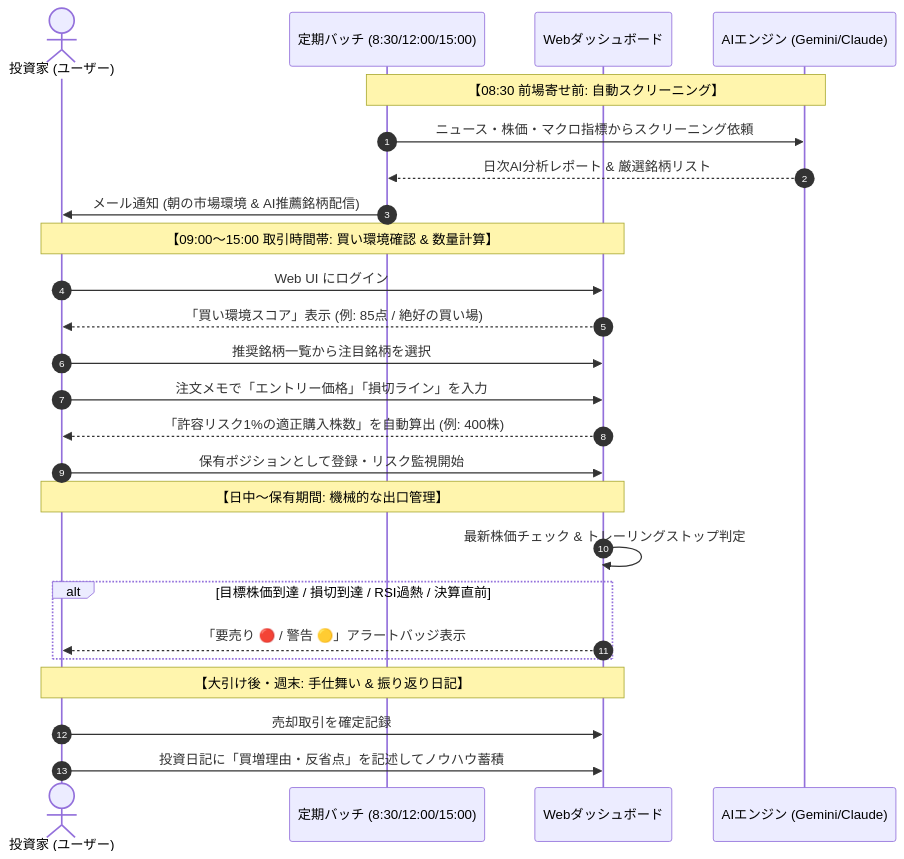
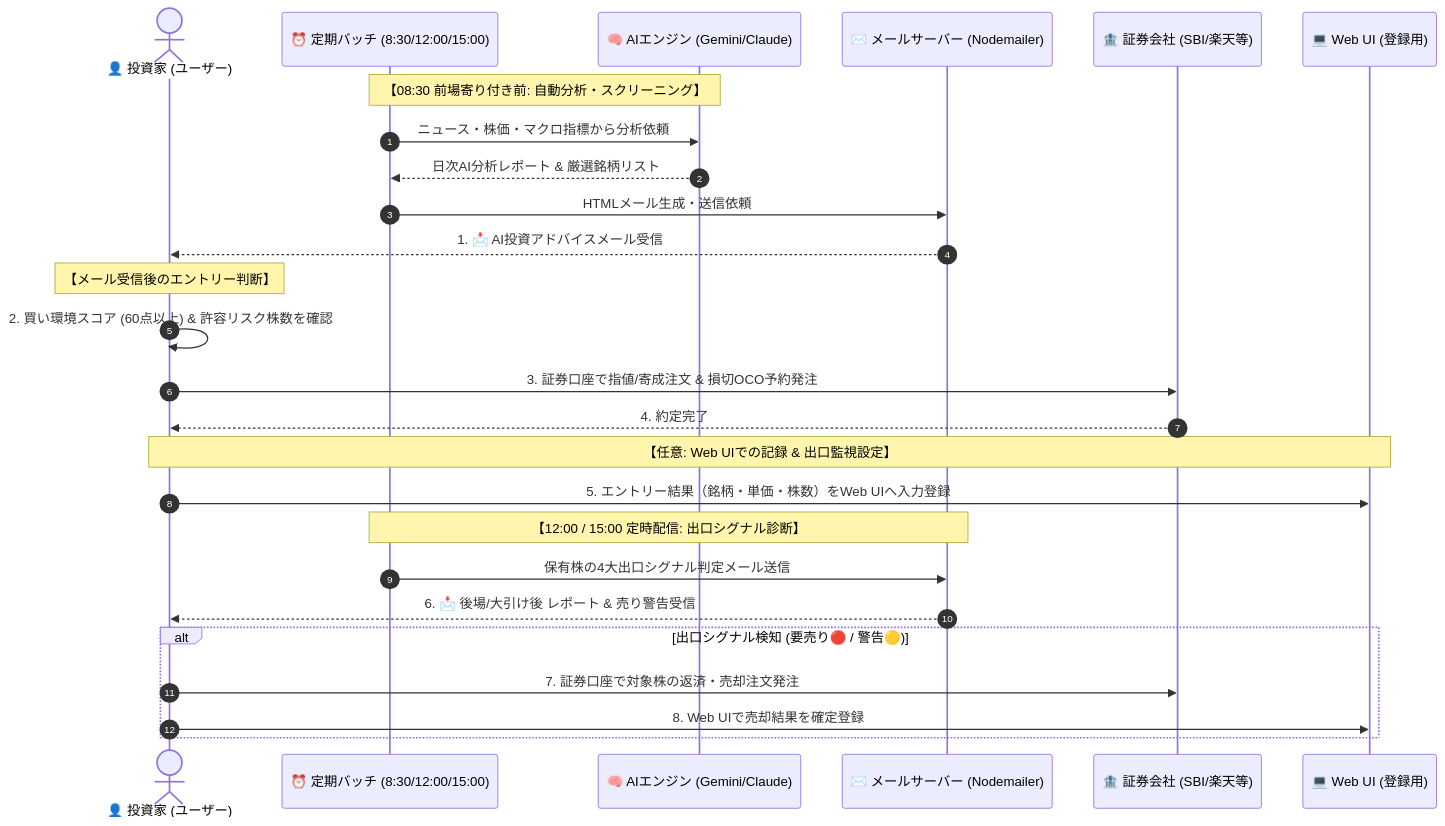
Before and after one commit to baann1000p-debug/stock-trading-support-tool-design-external: the first of 8 diagrams in docs/external/00_system_overview.md, drawn with Mermaid. The commit also changed other lines of this file and 4 other files, not shown here.

````diff
--- a/docs/external/00_system_overview.md
+++ b/docs/external/00_system_overview.md
@@ -47,31 +54,32 @@
 ```mermaid
 sequenceDiagram
     autonumber
-    actor User as 投資家 (ユーザー)
-    participant Batch as 定期バッチ (8:30/12:00/15:00)
-    participant Web as Webダッシュボード
-    participant AI as AIエンジン (Gemini/Claude)
+    actor User as 👤 投資家 (ユーザー)
+    participant Batch as ⏰ 定期バッチ (8:30/12:00/15:00)
+    participant AI as 🧠 AIエンジン (Gemini/Claude)
+    participant Mail as ✉️ メールサーバー (Nodemailer)
+    participant Broker as 🏦 証券会社 (SBI/楽天等)
+    participant Web as 💻 Web UI (登録用)
 
-    Note over Batch, AI: 【08:30 前場寄せ前: 自動スクリーニング】
-    Batch->>AI: ニュース・株価・マクロ指標からスクリーニング依頼
+    Note over Batch, AI: 【08:30 前場寄り付き前: 自動分析・スクリーニング】
+    Batch->>AI: ニュース・株価・マクロ指標から分析依頼
     AI-->>Batch: 日次AI分析レポート & 厳選銘柄リスト
-    Batch->>User: メール通知 (朝の市場環境 & AI推薦銘柄配信)
+    Batch->>Mail: HTMLメール生成・送信依頼
+    Mail-->>User: 1. 📩 AI投資アドバイスメール受信
 
-    Note over User, Web: 【09:00〜15:00 取引時間帯: 買い環境確認 & 数量計算】
-    User->>Web: Web UI にログイン
-    Web-->>User: 「買い環境スコア」表示 (例: 85点 / 絶好の買い場)
-    User->>Web: 推奨銘柄一覧から注目銘柄を選択
-    User->>Web: 注文メモで「エントリー価格」「損切ライン」を入力
-    Web-->>User: 「許容リスク1%の適正購入株数」を自動算出 (例: 400株)
-    User->>Web: 保有ポジションとして登録・リスク監視開始
+    Note over User: 【メール受信後のエントリー判断】
+    User->>User: 2. 買い環境スコア (60点以上) & 許容リスク株数を確認
+    User->>Broker: 3. 証券口座で指値/寄成注文 & 損切OCO予約発注
+    Broker-->>User: 4. 約定完了
 
-    Note over Web, User: 【日中〜保有期間: 機械的な出口管理】
-    Web->>Web: 最新株価チェック & トレーリングストップ判定
-    alt 目標株価到達 / 損切到達 / RSI過熱 / 決算直前
-        Web-->>User: 「要売り 🔴 / 警告 🟡」アラートバッジ表示
+    Note over User, Web: 【任意: Web UIでの記録 & 出口監視設定】
+    User->>Web: 5. エントリー結果（銘柄・単価・株数）をWeb UIへ入力登録
+    
+    Note over Batch, Mail: 【12:00 / 15:00 定時配信: 出口シグナル診断】
+    Batch->>Mail: 保有株の4大出口シグナル判定メール送信
+    Mail-->>User: 6. 📩 後場/大引け後 レポート & 売り警告受信
+    alt 出口シグナル検知 (要売り🔴 / 警告🟡)
+        User->>Broker: 7. 証券口座で対象株の返済・売却注文発注
+        User->>Web: 8. Web UIで売却結果を確定登録
     end
-
-    Note over User, Web: 【大引け後・週末: 手仕舞い & 振り返り日記】
-    User->>Web: 売却取引を確定記録
-    User->>Web: 投資日記に「買増理由・反省点」を記述してノウハウ蓄積
 ```
````
